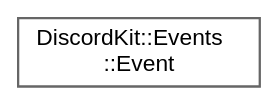
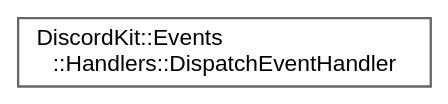
Before and after one commit to nikooozzz/DiscordKit: the diagram in inherit_graph_4.dot, drawn with Graphviz. The commit also changed 198 other files, not shown here.

Commit message:
Deploying to gh-pages from @ nikooozzz/DiscordKit@cfc273f1e1e5936f612e0feb3cd213875df90022 🚀

```diff
--- a/inherit_graph_4.dot
+++ b/inherit_graph_4.dot
@@ -1,9 +1,9 @@
 digraph "Graphical Class Hierarchy"
 {
  // LATEX_PDF_SIZE
   bgcolor="transparent";
   edge [fontname=Helvetica,fontsize=10,labelfontname=Helvetica,labelfontsize=10];
   node [fontname=Helvetica,fontsize=10,shape=box,height=0.2,width=0.4];
   rankdir="LR";
-  Node0 [id="Node000000",label="DiscordKit::Events\l::Event",height=0.2,width=0.4,color="grey40", fillcolor="white", style="filled",URL="$d0/d16/classDiscordKit_1_1Events_1_1Event.html",tooltip=" "];
+  Node0 [id="Node000000",label="DiscordKit::Events\l::Handlers::DispatchEventHandler",height=0.2,width=0.4,color="grey40", fillcolor="white", style="filled",URL="$dc/de4/classDiscordKit_1_1Events_1_1Handlers_1_1DispatchEventHandler.html",tooltip="Mapping tool for Dispatch Events (Opcode 0) and their callbacks."];
 }
```
